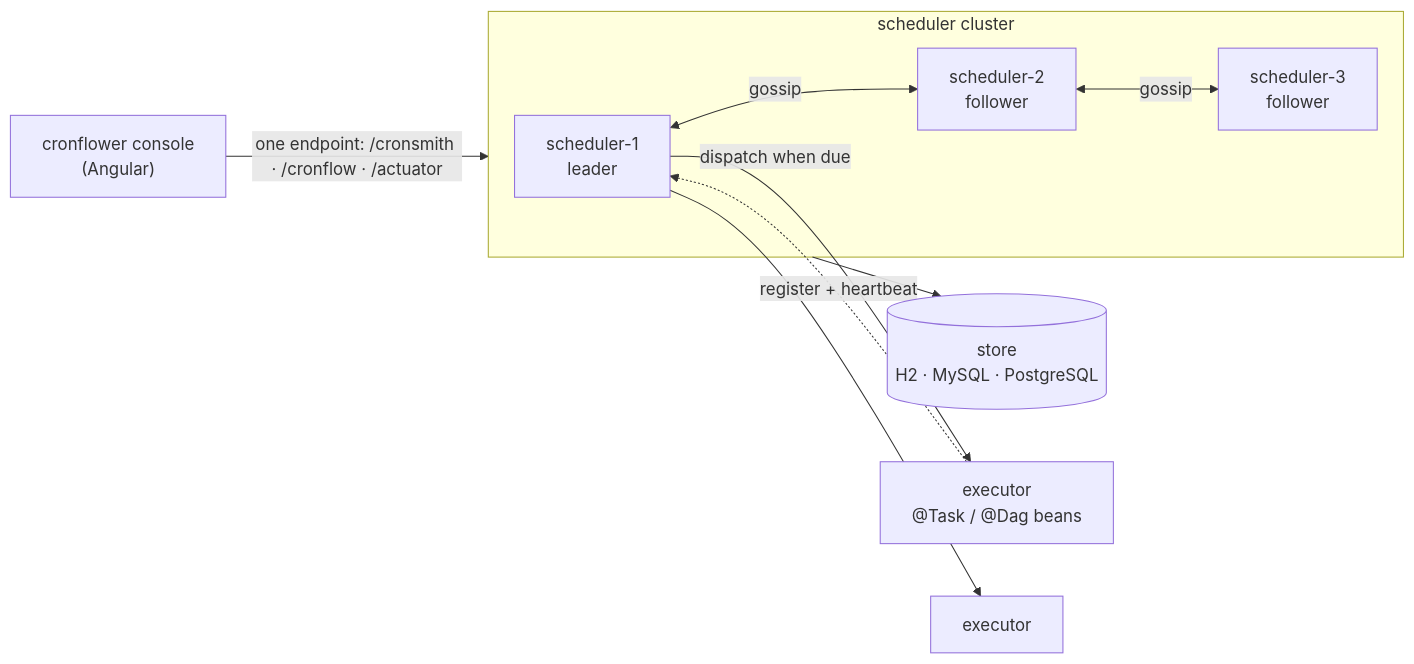
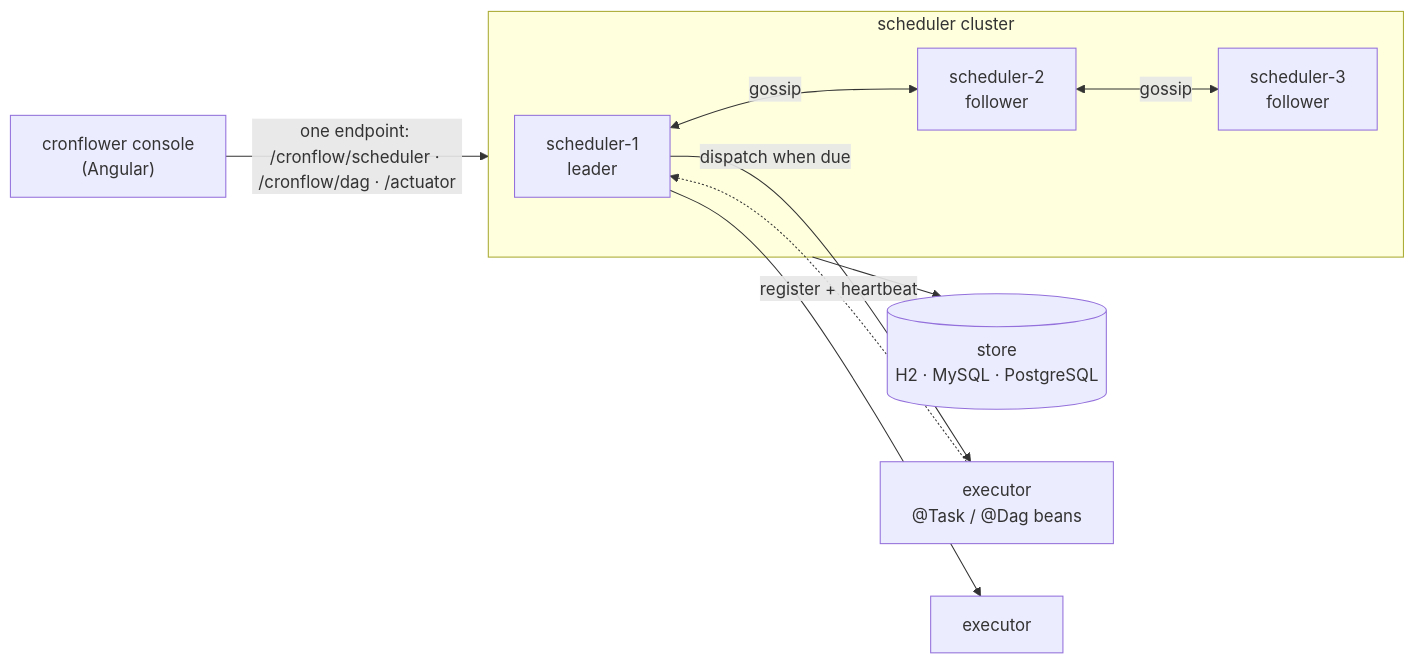
Before and after one commit to paganini2008/cronflower: the diagram in README.md, drawn with Mermaid. The commit also changed other lines of this file and 523 other files, not shown here.

````diff
--- a/README.md
+++ b/README.md
@@ -52,12 +52,12 @@
 ```mermaid
 flowchart LR
-  Console["cronflower console<br/>(Angular)"] -->|"one endpoint: /cronsmith · /cronflow · /actuator"| Cluster
+  Console["cronflower console<br/>(Angular)"] -->|"one endpoint: /cronflow/scheduler · /cronflow/dag · /actuator"| Cluster
   subgraph Cluster["scheduler cluster"]
     L["scheduler-1<br/>leader"] <-->|gossip| F1["scheduler-2<br/>follower"]
     F1 <-->|gossip| F2["scheduler-3<br/>follower"]
   end
   Cluster --> Store[("store<br/>H2 · MySQL · PostgreSQL")]
   L -->|"dispatch when due"| E1["executor<br/>@Task / @Dag beans"]
   L --> E2["executor"]
   E1 -.->|register + heartbeat| L
 ```
````
